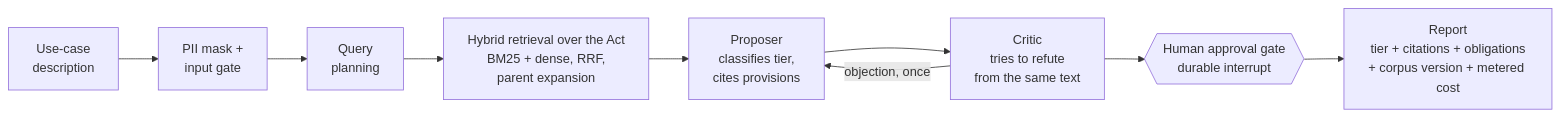
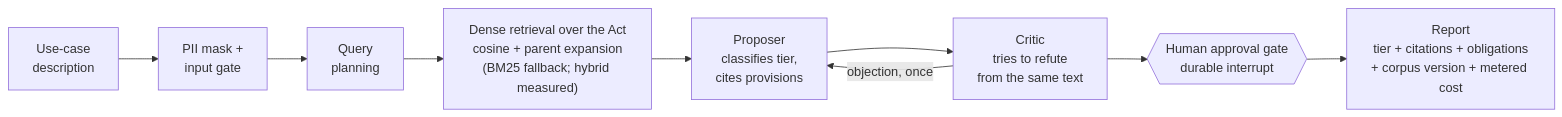
One commit to nickbiird/ai-act-triage changed the diagram in README.md. Above: the diagram before and after it, drawn with Mermaid. The commit also changed other lines of this file and 10 other files, not shown here.

````diff
--- a/README.md
+++ b/README.md
@@ -17,11 +17,11 @@
 ```mermaid
 flowchart LR
     A["Use-case<br/>description"] --> B["PII mask +<br/>input gate"]
     B --> C["Query<br/>planning"]
-    C --> D["Hybrid retrieval over the Act<br/>BM25 + dense, RRF,<br/>parent expansion"]
+    C --> D["Dense retrieval over the Act<br/>cosine + parent expansion<br/>(BM25 fallback; hybrid measured)"]
     D --> E["Proposer<br/>classifies tier,<br/>cites provisions"]
     E --> F["Critic<br/>tries to refute<br/>from the same text"]
     F -->|objection, once| E
     F --> G{{"Human approval gate<br/>durable interrupt"}}
     G --> H["Report<br/>tier + citations + obligations<br/>+ corpus version + metered cost"]
 ```
````
